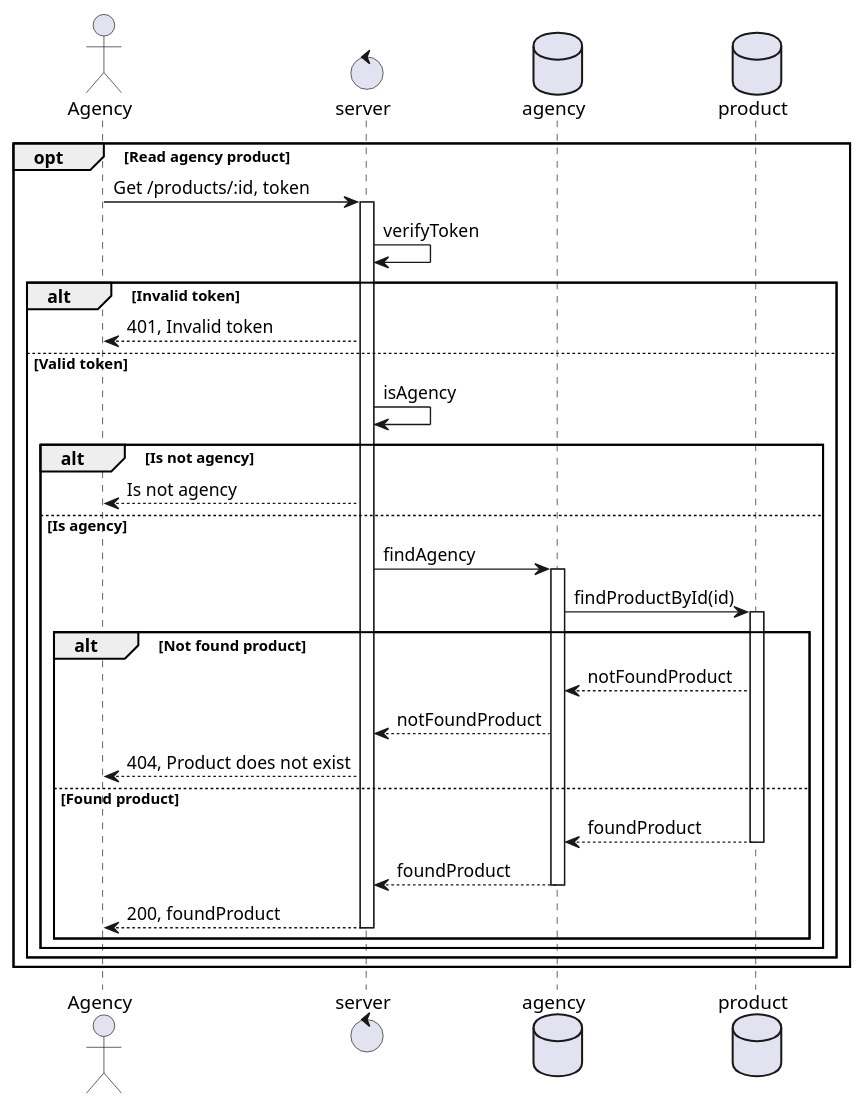
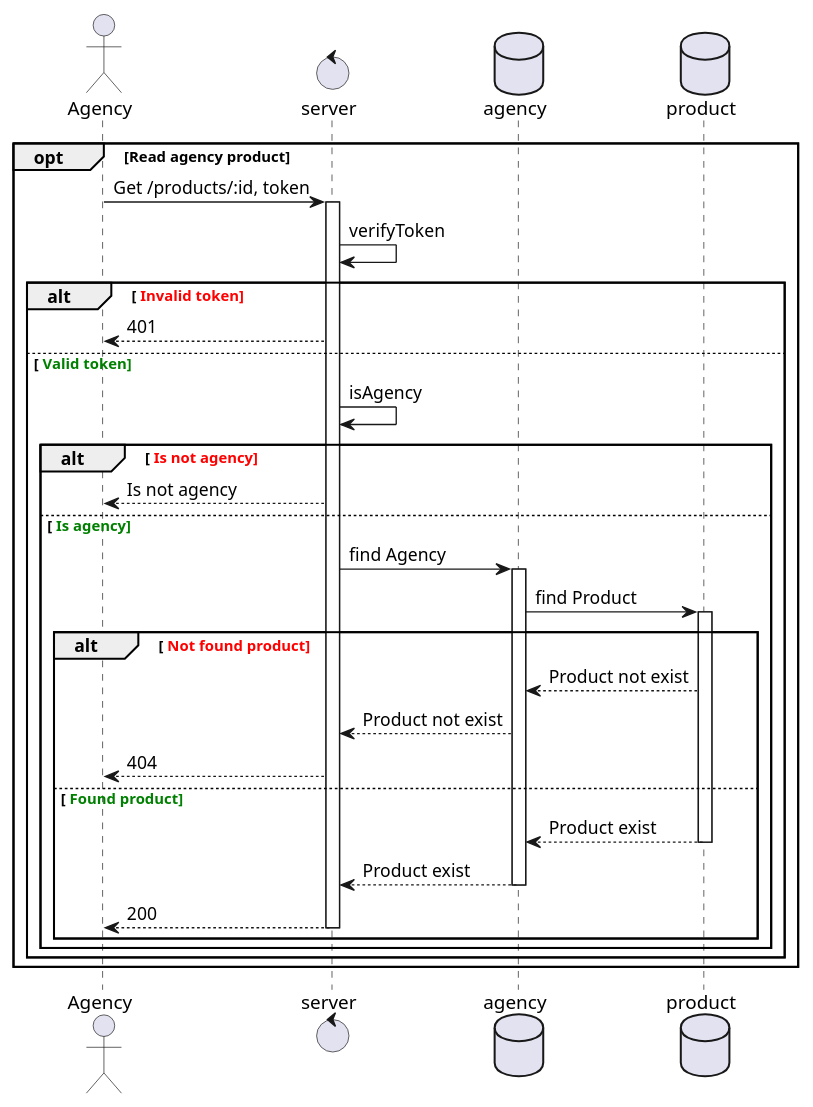
The diagram in Study/docs/sequenceDiagram/agency.readProduct.plantuml (thang0206/SET_Test-Backend), drawn with PlantUML before and after one commit. The commit also changed 5 other files, not shown here.

Commit message:
fix sequence diagram

```diff
--- a/Study/docs/sequenceDiagram/agency.readProduct.plantuml
+++ b/Study/docs/sequenceDiagram/agency.readProduct.plantuml
@@ -1,39 +1,39 @@
 @startuml read agency owner product
 
 actor Agency
 control server
 database agency
 database product
 
 opt Read agency product
     Agency -> server: Get /products/:id, token
     activate server
     server -> server: verifyToken
-    alt Invalid token
-        Agency <-- server: 401, Invalid token
-    else Valid token
+    alt <font color=Red> Invalid token
+        Agency <-- server: 401
+    else <font color=Green> Valid token
         server -> server: isAgency
-        alt Is not agency
+        alt <font color=Red> Is not agency
             Agency <-- server: Is not agency
-        else Is agency
-            server -> agency: findAgency
+        else <font color=Green> Is agency
+            server -> agency: find Agency
             activate agency
-            agency -> product: findProductById(id)
+            agency -> product: find Product
             activate product
-            alt Not found product
-                agency <-- product: notFoundProduct
-                server <-- agency: notFoundProduct
-                Agency <-- server: 404, Product does not exist
-            else Found product
-                agency <-- product: foundProduct
+            alt <font color=Red> Not found product
+                agency <-- product: Product not exist
+                server <-- agency: Product not exist
+                Agency <-- server: 404
+            else <font color=Green> Found product
+                agency <-- product: Product exist
                 deactivate product
-                server <-- agency: foundProduct
+                server <-- agency: Product exist
                 deactivate agency
-                Agency <-- server: 200, foundProduct
+                Agency <-- server: 200
                 deactivate server
             end
         end
     end
 end
 
 @enduml
```
